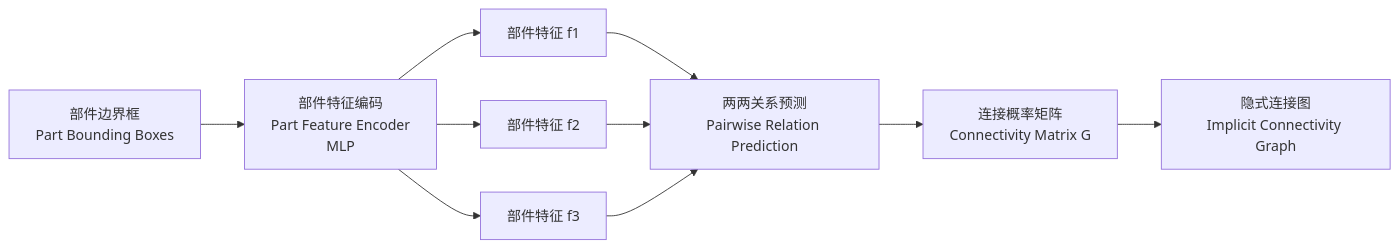
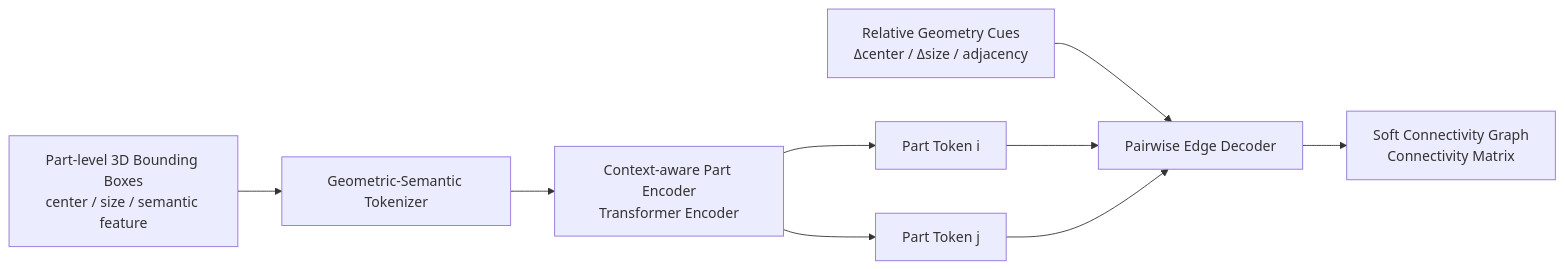
One commit to FENGHaoY/iodraw-files changed the diagram in all/未命名.md. Above: the diagram before and after it, drawn with Mermaid.

Commit message:
2026-03-07 19:25:56 update

````diff
--- a/all/未命名.md
+++ b/all/未命名.md
@@ -1,18 +1,19 @@
 ```mermaid
 flowchart LR
 
-A[部件边界框<br/>Part Bounding Boxes] --> B[部件特征编码<br/>Part Feature Encoder<br/>MLP]
+A[Part-level 3D Bounding Boxes<br/>center / size / semantic feature]
+--> B[Geometric-Semantic Tokenizer]
 
-B --> C1[部件特征 f1]
-B --> C2[部件特征 f2]
-B --> C3[部件特征 f3]
+B --> C[Context-aware Part Encoder<br/>Transformer Encoder]
 
-C1 --> D[两两关系预测<br/>Pairwise Relation Prediction]
-C2 --> D
-C3 --> D
+C --> D1[Part Token i]
+C --> D2[Part Token j]
 
-D --> E[连接概率矩阵<br/>Connectivity Matrix G]
+E[Relative Geometry Cues<br/>Δcenter / Δsize / adjacency]
+--> F[Pairwise Edge Decoder]
 
-E --> F[隐式连接图<br/>Implicit Connectivity Graph]
-  
+D1 --> F
+D2 --> F
+
+F --> G[Soft Connectivity Graph<br/>Connectivity Matrix]
 ```
````
